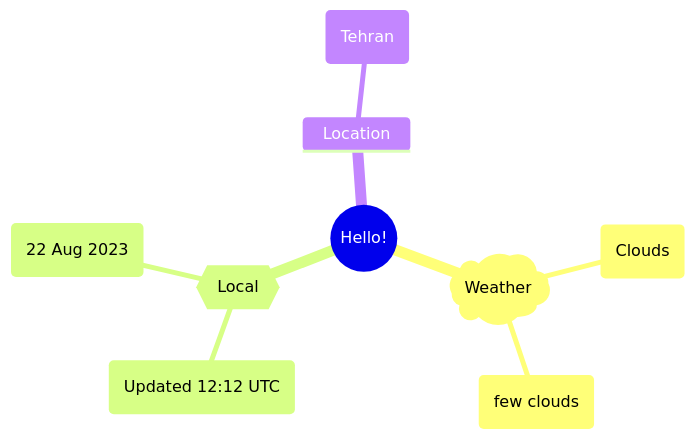
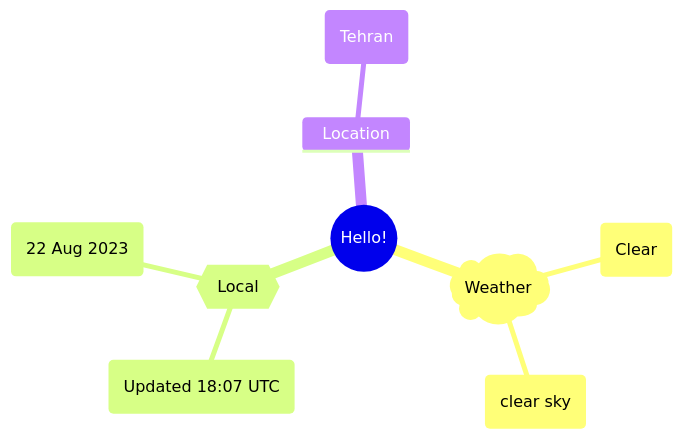
One commit to Xosrov/Xosrov changed the first of 2 diagrams in README.md. Above: the diagram before and after it, drawn with Mermaid.

Commit message:
[bot] updated images

````diff
--- a/README.md
+++ b/README.md
@@ -3,12 +3,12 @@
 ```mermaid
 mindmap
   root((Hello!))
     )Weather(
-        (Clouds)
-        (few clouds)
+        (Clear)
+        (clear sky)
     {{Local}}
-        (Updated 12:12 UTC)
+        (Updated 18:07 UTC)
         (22 Aug 2023)
     Location
         (Tehran)
 ```
````
